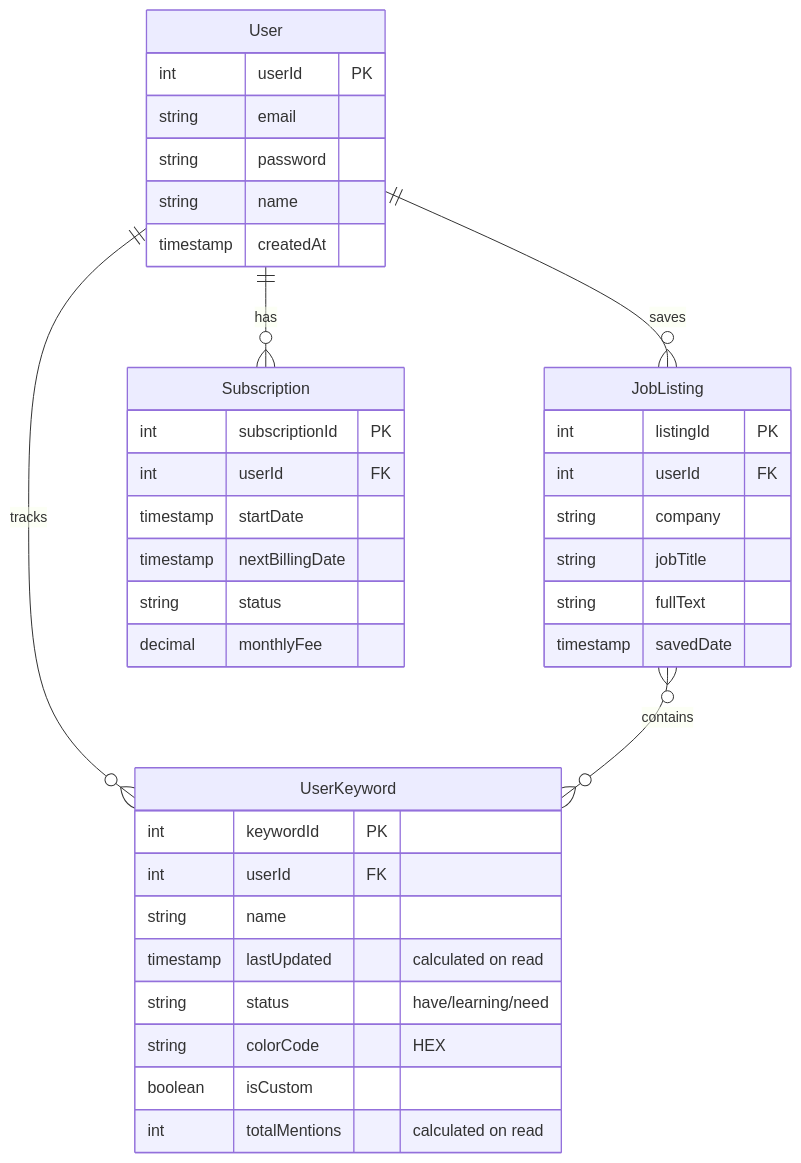
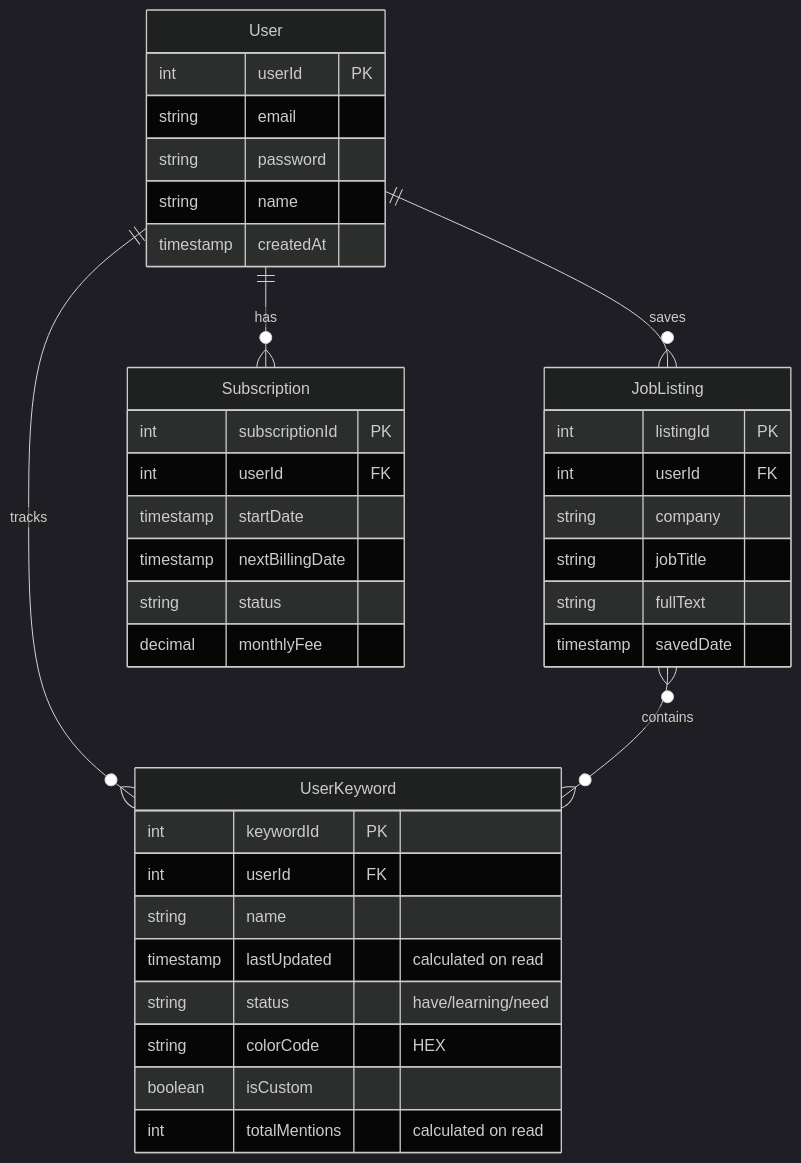
The diagram in docs/docs/diagrams/ERD.md (lmcrean/tributary), drawn with Mermaid before and after one commit.

Commit message:
Update ERD: Apply dark theme styling to mermaid diagram

````diff
--- a/docs/docs/diagrams/ERD.md
+++ b/docs/docs/diagrams/ERD.md
@@ -3,44 +3,45 @@
 ```mermaid
+%%{init: {'theme': 'dark', 'themeVariables': { 'primaryTextColor': '#ffffff', 'primaryColor': '#ffffff', 'noteBkgColor': '#2b2b2b', 'noteTextColor': '#ffffff' }}}%%
 erDiagram
     User ||--o{ JobListing : saves
     User ||--o{ UserKeyword : tracks
     User ||--o{ Subscription : has
     JobListing }o--o{ UserKeyword : contains
     
     User {
         int userId PK
         string email
         string password
         string name
         timestamp createdAt
     }
     
     Subscription {
         int subscriptionId PK
         int userId FK
         timestamp startDate
         timestamp nextBillingDate
         string status
         decimal monthlyFee
     }
     
     JobListing {
         int listingId PK
         int userId FK
         string company
         string jobTitle
         string fullText
         timestamp savedDate
     }
     
     UserKeyword {
         int keywordId PK
         int userId FK
         string name
         timestamp lastUpdated "calculated on read"
         string status "have/learning/need"
         string colorCode "HEX"
         boolean isCustom
         int totalMentions "calculated on read"
     }
 ```
````
